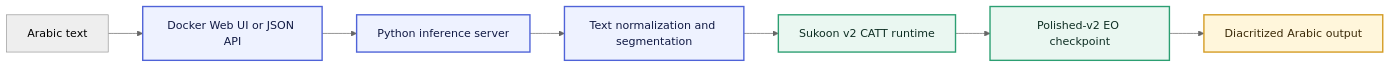
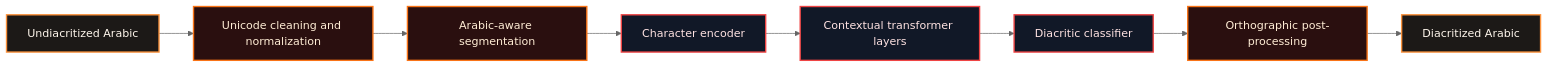
Before and after one commit to Dwekatius/Tashkeel: the second of 3 diagrams in README.md, drawn with Mermaid (neutral theme). The commit also changed other lines of this file and 9 other files, not shown here.

````diff
--- a/README.md
+++ b/README.md
@@ -123,16 +133,17 @@
 ```mermaid
 flowchart LR
-    A[Arabic text] --> B[Docker Web UI or JSON API]
-    B --> C[Python inference server]
-    C --> D[Text normalization and segmentation]
-    D --> E[Sukoon v2 CATT runtime]
-    E --> F[Polished-v2 EO checkpoint]
-    F --> G[Diacritized Arabic output]
+    A[Undiacritized Arabic] --> B[Unicode cleaning and normalization]
+    B --> C[Arabic-aware segmentation]
+    C --> D[Character encoder]
+    D --> E[Contextual transformer layers]
+    E --> F[Diacritic classifier]
+    F --> G[Orthographic post-processing]
+    G --> H[Diacritized Arabic]
 
-    classDef hot fill:#eaf7f1,stroke:#2c9f72,stroke-width:2px,color:#0f2f24;
-    classDef core fill:#eef2ff,stroke:#4f63d8,stroke-width:2px,color:#111a44;
-    classDef out fill:#fff6db,stroke:#d49b22,stroke-width:2px,color:#3b2a08;
-    class B,C,D core;
-    class E,F hot;
-    class G out;
+    classDef input fill:#1c1917,stroke:#fb923c,stroke-width:2px,color:#fff7ed;
+    classDef core fill:#111827,stroke:#ef4444,stroke-width:2px,color:#fee2e2;
+    classDef output fill:#2a0f0f,stroke:#f97316,stroke-width:2px,color:#ffedd5;
+    class A,H input;
+    class B,C,G output;
+    class D,E,F core;
 ```
````
